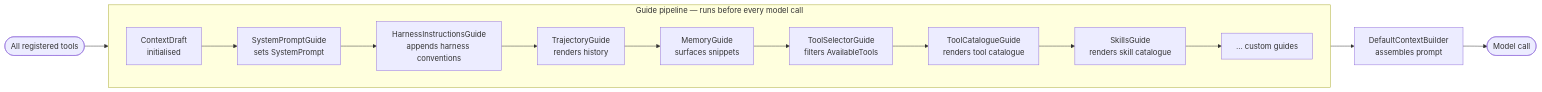
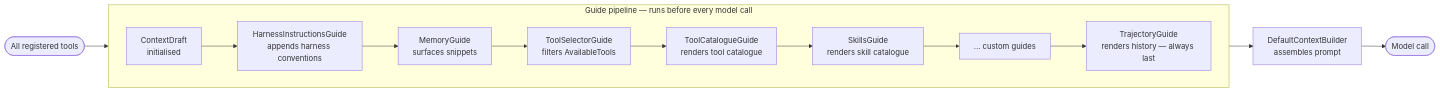
The first of 5 diagrams in README.md (AnilKerai/model-harness), drawn with Mermaid before and after one commit. The commit also changed other lines of this file and 5 other files, not shown here.

First line of the commit message:
Make guide pipeline explicit and pin TrajectoryGuide last

````diff
--- a/README.md
+++ b/README.md
@@ -131,19 +131,18 @@
 ```mermaid
 flowchart LR
     A([All registered tools]) --> D
 
     subgraph "Guide pipeline — runs before every model call"
         direction LR
-        D[ContextDraft\ninitialised] --> G1[SystemPromptGuide\nsets SystemPrompt]
-        G1 --> G2[HarnessInstructionsGuide\nappends harness conventions]
-        G2 --> G3[TrajectoryGuide\nrenders history]
-        G3 --> G4[MemoryGuide\nsurfaces snippets]
-        G4 --> G5[ToolSelectorGuide\nfilters AvailableTools]
-        G5 --> G6[ToolCatalogueGuide\nrenders tool catalogue]
-        G6 --> G7[SkillsGuide\nrenders skill catalogue]
-        G7 --> GN[... custom guides]
+        D[ContextDraft\ninitialised] --> G1[HarnessInstructionsGuide\nappends harness conventions]
+        G1 --> G2[MemoryGuide\nsurfaces snippets]
+        G2 --> G3[ToolSelectorGuide\nfilters AvailableTools]
+        G3 --> G4[ToolCatalogueGuide\nrenders tool catalogue]
+        G4 --> G5[SkillsGuide\nrenders skill catalogue]
+        G5 --> GN[... custom guides]
+        GN --> G6[TrajectoryGuide\nrenders history — always last]
     end
 
-    GN --> CB[DefaultContextBuilder\nassembles prompt]
+    G6 --> CB[DefaultContextBuilder\nassembles prompt]
     CB --> M([Model call])
 ```
````
